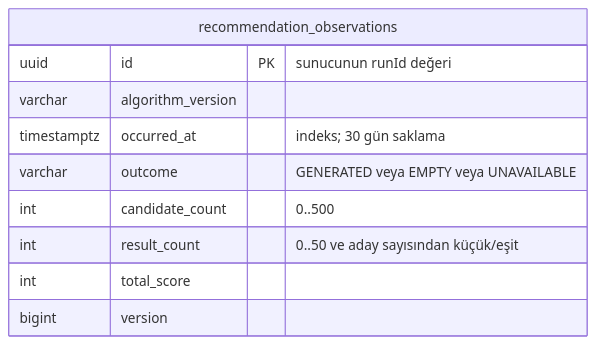
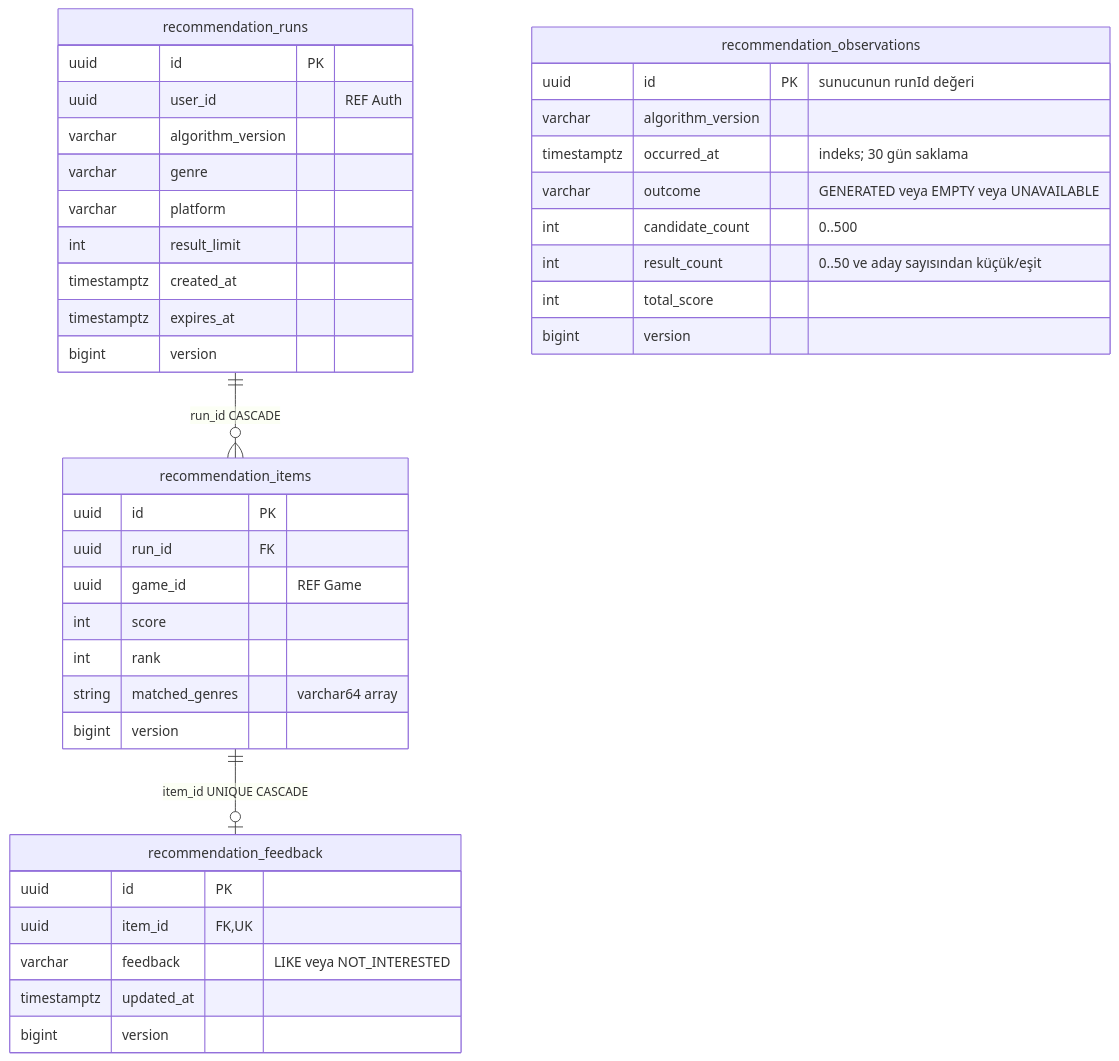
One commit to alperrte/lobbytwozero changed diagram 29 of 33 in docs/er-diagram.md. Above: the diagram before and after it, drawn with Mermaid. The commit also changed other lines of this file and 41 other files, not shown here.

First line of the commit message:
feat(recommendation): LTZ-ALP-REC-02 tür önerisi, owner geçmişi ve feedback akışını ekle

````diff
--- a/docs/er-diagram.md
+++ b/docs/er-diagram.md
@@ -1392,13 +1393,42 @@
 ```mermaid
 erDiagram
+  recommendation_runs ||--o{ recommendation_items : "run_id CASCADE"
+  recommendation_items ||--o| recommendation_feedback : "item_id UNIQUE CASCADE"
+  recommendation_runs {
+    uuid id PK
+    uuid user_id "REF Auth"
+    varchar algorithm_version
+    varchar genre
+    varchar platform
+    int result_limit
+    timestamptz created_at
+    timestamptz expires_at
+    bigint version
+  }
+  recommendation_items {
+    uuid id PK
+    uuid run_id FK
+    uuid game_id "REF Game"
+    int score
+    int rank
+    string matched_genres "varchar64 array"
+    bigint version
+  }
+  recommendation_feedback {
+    uuid id PK
+    uuid item_id FK,UK
+    varchar feedback "LIKE veya NOT_INTERESTED"
+    timestamptz updated_at
+    bigint version
+  }
   recommendation_observations {
     uuid id PK "sunucunun runId değeri"
     varchar algorithm_version
     timestamptz occurred_at "indeks; 30 gün saklama"
     varchar outcome "GENERATED veya EMPTY veya UNAVAILABLE"
     int candidate_count "0..500"
     int result_count "0..50 ve aday sayısından küçük/eşit"
     int total_score
     bigint version
   }
 ```
````
